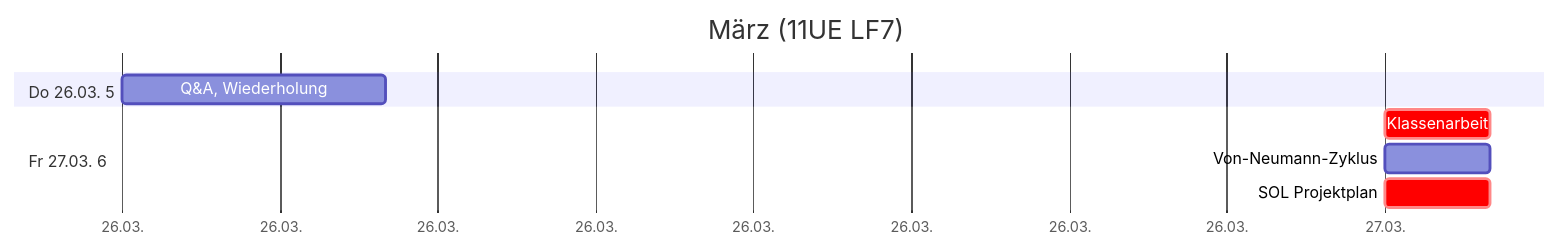
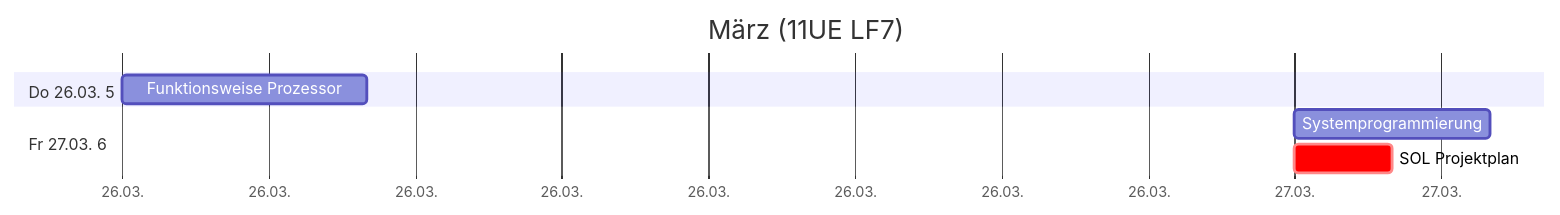
Before and after one commit to jonasnemeth/LF7: the fifth of 6 diagrams in src/plan.md, drawn with Mermaid. The commit also changed other lines of this file, not shown here.

````diff
--- a/src/plan.md
+++ b/src/plan.md
@@ -104,12 +103,11 @@
 ```mermaid
 gantt
  title März (11UE LF7)
  dateFormat YYYY-MM-DD
  axisFormat %d.%m.
  section Do 26.03. 5
-  Q&A, Wiederholung             :2026-03-26, 5h
+  Funktionsweise Prozessor      :2026-03-26, 5h
  section Fr 27.03. 6
-  Klassenarbeit                 :crit, 2026-03-27, 2h
-  Von-Neumann-Zyklus            :2026-03-27, 2h
+  Systemprogrammierung          :2026-03-27, 4h
   SOL Projektplan               :crit, 2026-03-27, 2h
 ```
````
